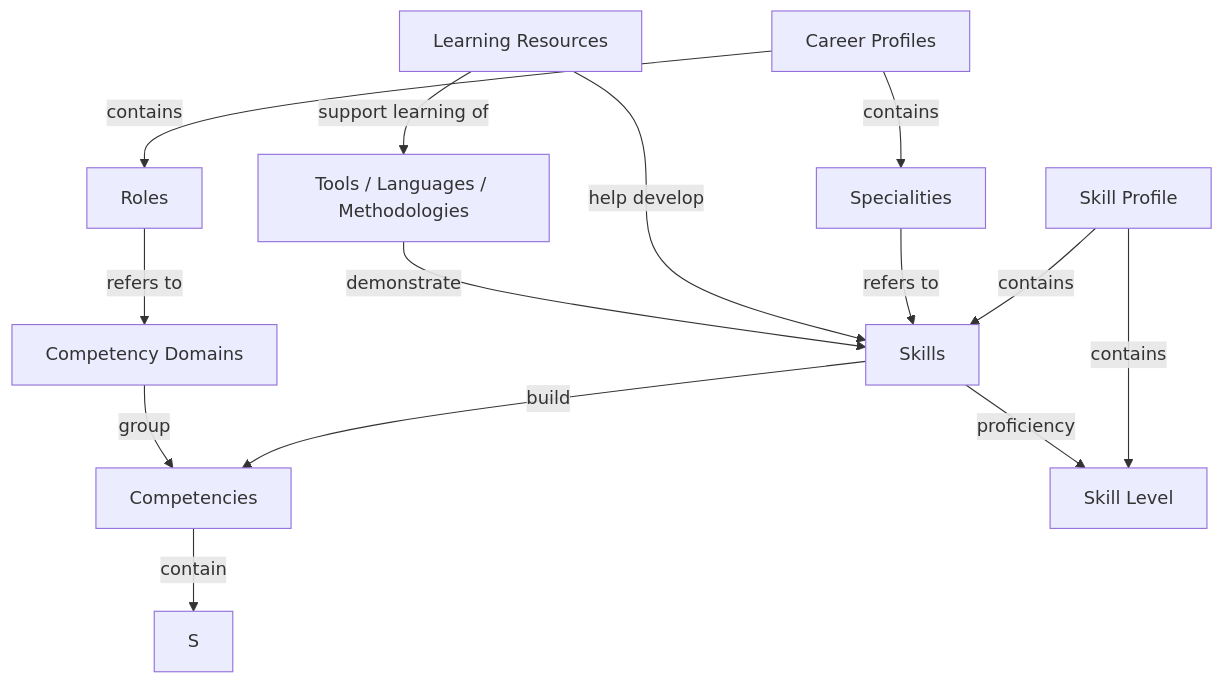
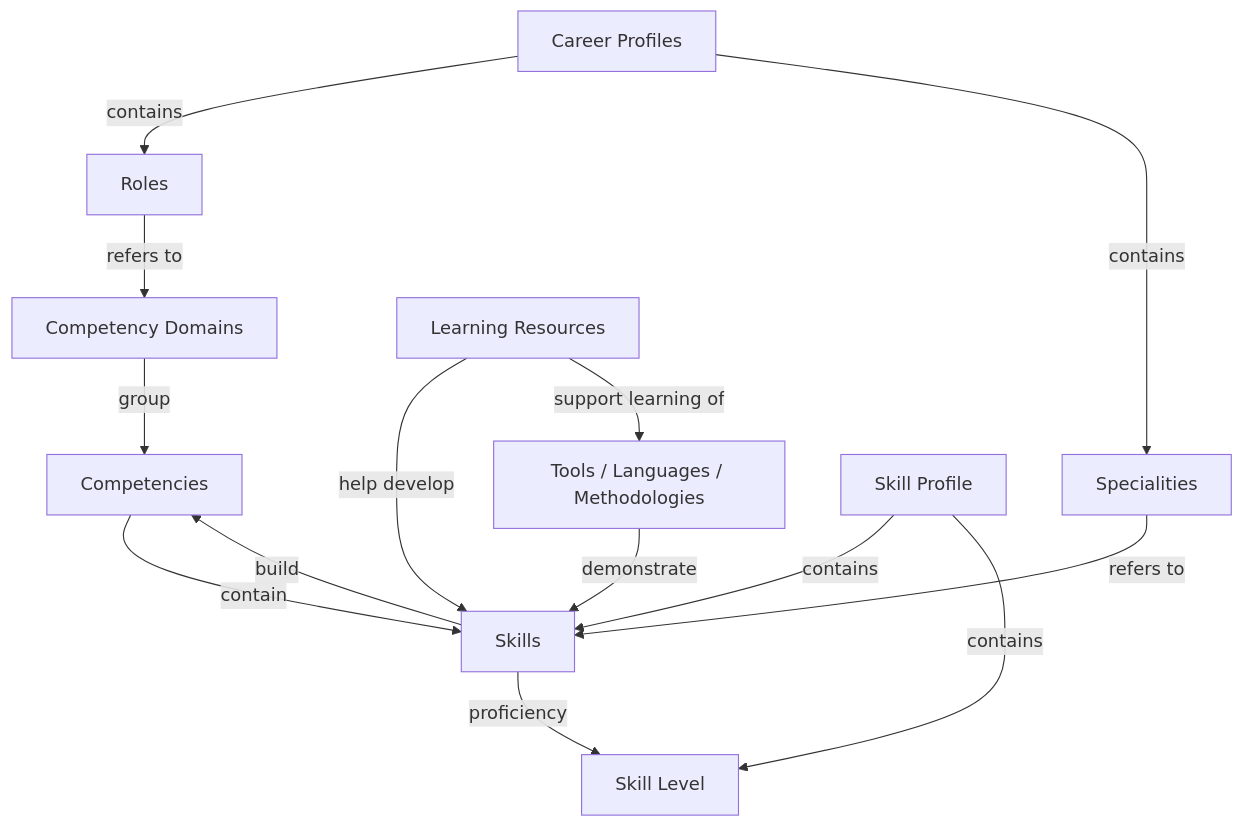
Before and after one commit to direct-framework/digital-research-competencies-framework: the diagram in framework/framework-diagram.md, drawn with Mermaid.

Commit message:
Update framework diagram to include Skill Profile

````diff
--- a/framework/framework-diagram.md
+++ b/framework/framework-diagram.md
@@ -12,28 +12,28 @@
 ```mermaid
 flowchart TD
 CD[Competency Domains]
 C[Competencies]
 Sk[Skills]
 SL[Skill Level]
 TLM[Tools / Languages / Methodologies]
 LR[Learning Resources]
 R[Roles]
 Spec[Specialities]
 CP[Career Profiles]
 SP[Skill Profile]
 
 
 CD -- group --> C
-C -- contain --> S
+C -- contain --> Sk
 Sk -- build --> C
 Sk -- proficiency --> SL
 TLM -- demonstrate --> Sk
 LR -- help develop --> Sk
 LR -- support learning of --> TLM
 CP -- contains --> R
 CP -- contains --> Spec
 R -- refers to --> CD
 Spec -- refers to --> Sk
 SP -- contains --> Sk
 SP -- contains --> SL
 ```
````
